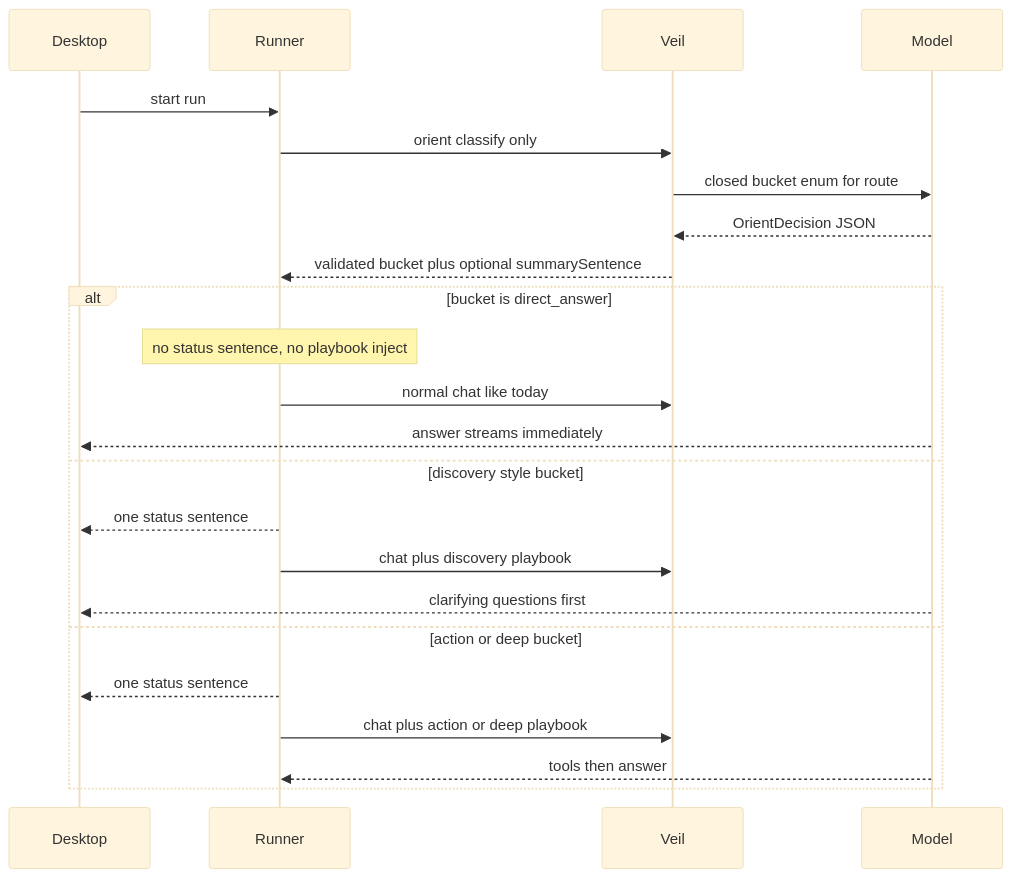
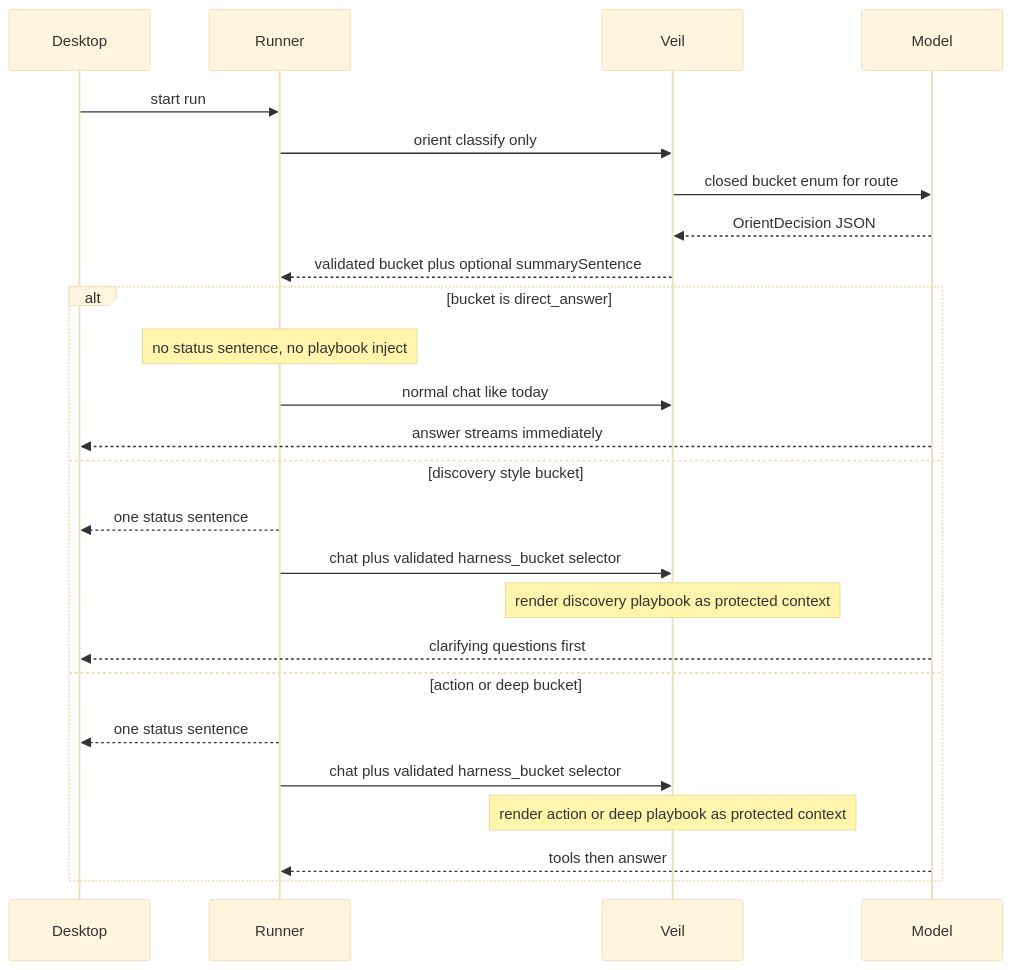
Before and after one commit to Potirniche-Carmine/Umbratic: the diagram in docs/intent-bucket-harness-plan.md, drawn with Mermaid (base theme). The commit also changed other lines of this file and 92 other files, not shown here.

````diff
--- a/docs/intent-bucket-harness-plan.md
+++ b/docs/intent-bucket-harness-plan.md
@@ -140,27 +178,29 @@
 ```mermaid
 sequenceDiagram
   participant Desktop
   participant Runner
   participant Veil
   participant Model
 
   Desktop->>Runner: start run
   Runner->>Veil: orient classify only
   Veil->>Model: closed bucket enum for route
   Model-->>Veil: OrientDecision JSON
   Veil-->>Runner: validated bucket plus optional summarySentence
 
   alt bucket is direct_answer
     Note over Runner: no status sentence, no playbook inject
     Runner->>Veil: normal chat like today
     Model-->>Desktop: answer streams immediately
   else discovery style bucket
     Runner-->>Desktop: one status sentence
-    Runner->>Veil: chat plus discovery playbook
+    Runner->>Veil: chat plus validated harness_bucket selector
+    Note over Veil: render discovery playbook as protected context
     Model-->>Desktop: clarifying questions first
   else action or deep bucket
     Runner-->>Desktop: one status sentence
-    Runner->>Veil: chat plus action or deep playbook
+    Runner->>Veil: chat plus validated harness_bucket selector
+    Note over Veil: render action or deep playbook as protected context
     Model-->>Runner: tools then answer
   end
 ```
````
